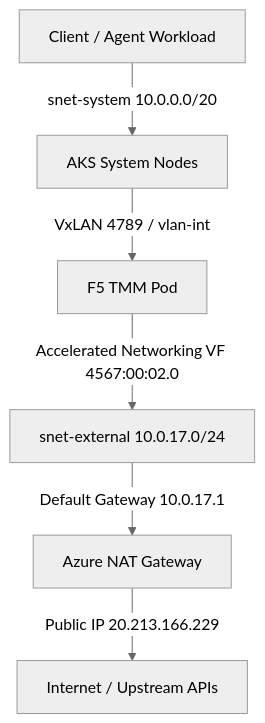
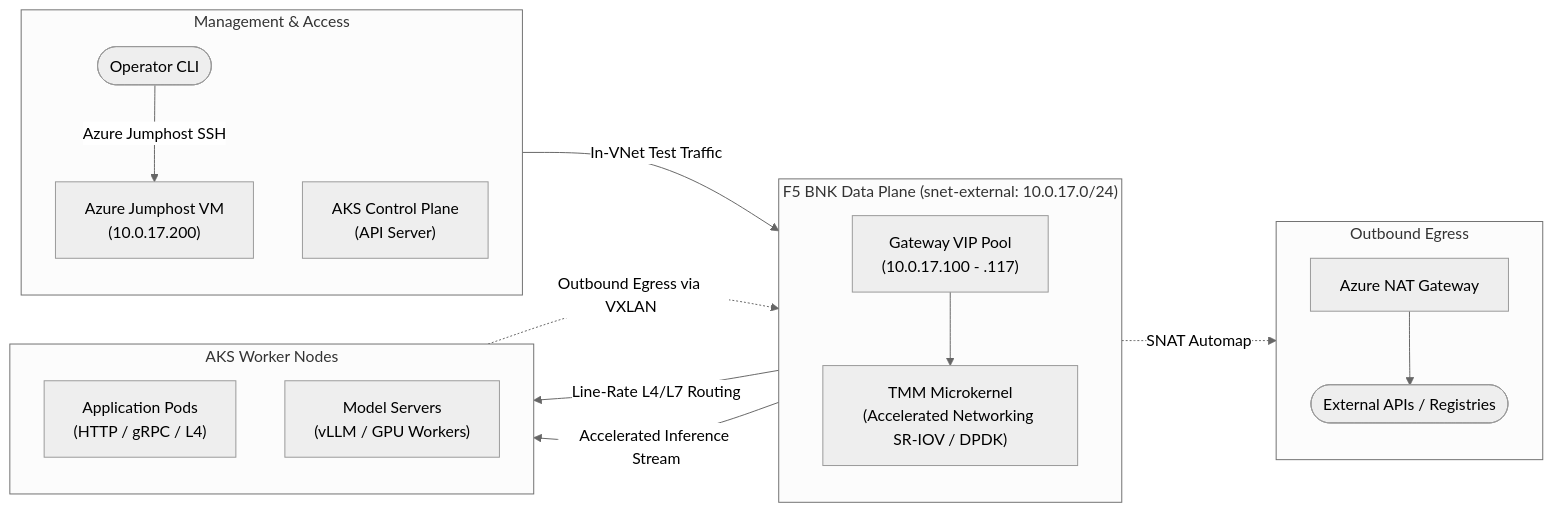
One commit to JLCode-tech/azrbnkctl changed the first of 4 diagrams in README.md. Above: the diagram before and after it, drawn with Mermaid (neutral theme). The commit also changed other lines of this file and 3 other files, not shown here.

````diff
--- a/README.md
+++ b/README.md
@@ -172,8 +57,34 @@
 ```mermaid
-graph TD
-    Client[Client / Agent Workload] -->|snet-system 10.0.0.0/20| AKS[AKS System Nodes]
-    AKS -->|VxLAN 4789 / vlan-int| TMM[F5 TMM Pod]
-    TMM -->|Accelerated Networking VF 4567:00:02.0| ExtSubnet[snet-external 10.0.17.0/24]
-    ExtSubnet -->|Default Gateway 10.0.17.1| NATGW[Azure NAT Gateway]
-    NATGW -->|Public IP 20.213.166.229| Internet[Internet / Upstream APIs]
+flowchart LR
+    subgraph Mgmt["Management & Access"]
+        direction TB
+        CLI([Operator CLI]) -->|Azure Jumphost SSH| Jumphost["Azure Jumphost VM<br/>(10.0.17.200)"]
+        K8sAPI["AKS Control Plane<br/>(API Server)"]
+    end
+
+    subgraph BNK["F5 BNK Data Plane (snet-external: 10.0.17.0/24)"]
+        direction TB
+        VIP["Gateway VIP Pool<br/>(10.0.17.100 - .117)"]
+        TMM["TMM Microkernel<br/>(Accelerated Networking SR-IOV / DPDK)"]
+        VIP --> TMM
+    end
+
+    subgraph Workloads["AKS Worker Nodes"]
+        direction TB
+        AppPods["Application Pods<br/>(HTTP / gRPC / L4)"]
+        ModelPods["Model Servers<br/>(vLLM / GPU Workers)"]
+    end
+
+    subgraph Egress["Outbound Egress"]
+        direction TB
+        NAT["Azure NAT Gateway"]
+        Internet([External APIs / Registries])
+        NAT --> Internet
+    end
+
+    Jumphost -->|In-VNet Test Traffic| VIP
+    TMM -->|Line-Rate L4/L7 Routing| AppPods
+    TMM -->|Accelerated Inference Stream| ModelPods
+    AppPods -.->|Outbound Egress via VXLAN| TMM
+    TMM -.->|SNAT Automap| NAT
 ```
````
